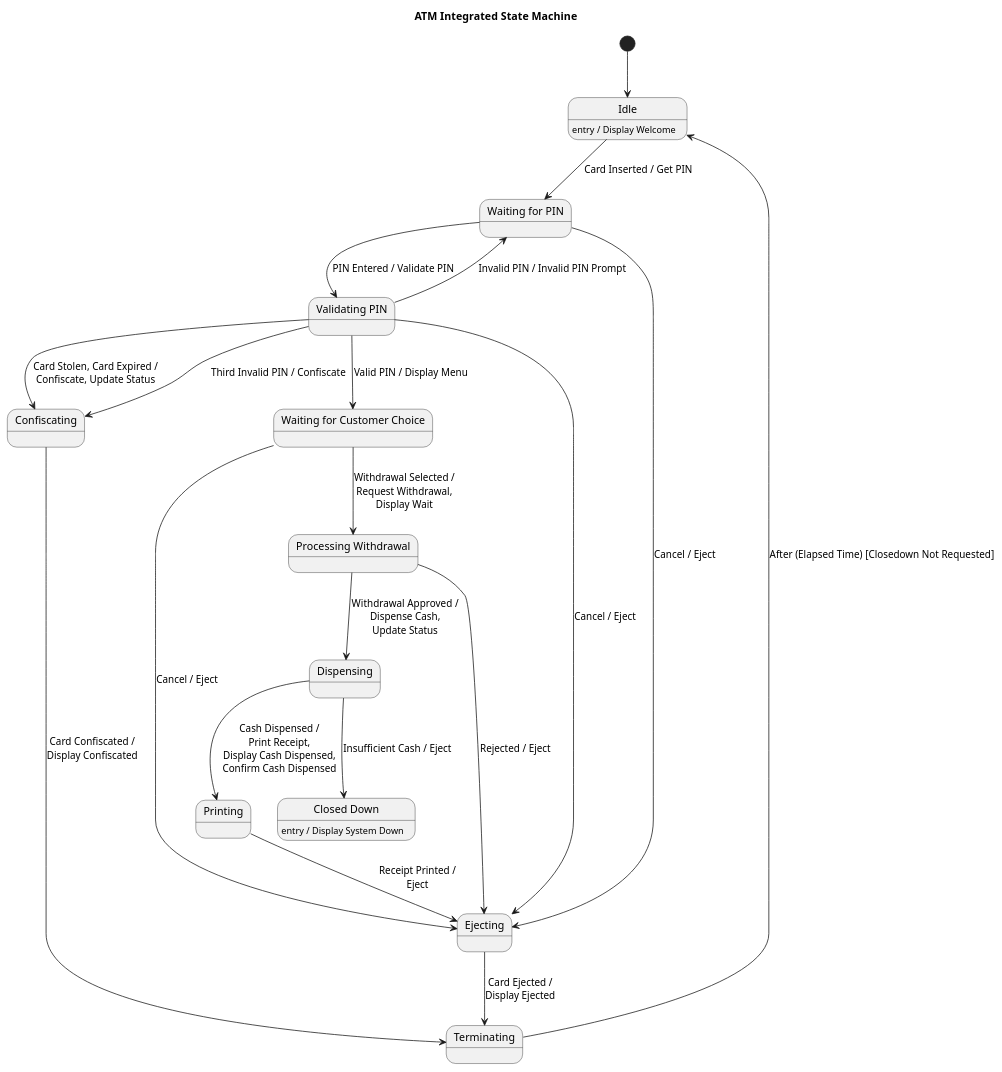
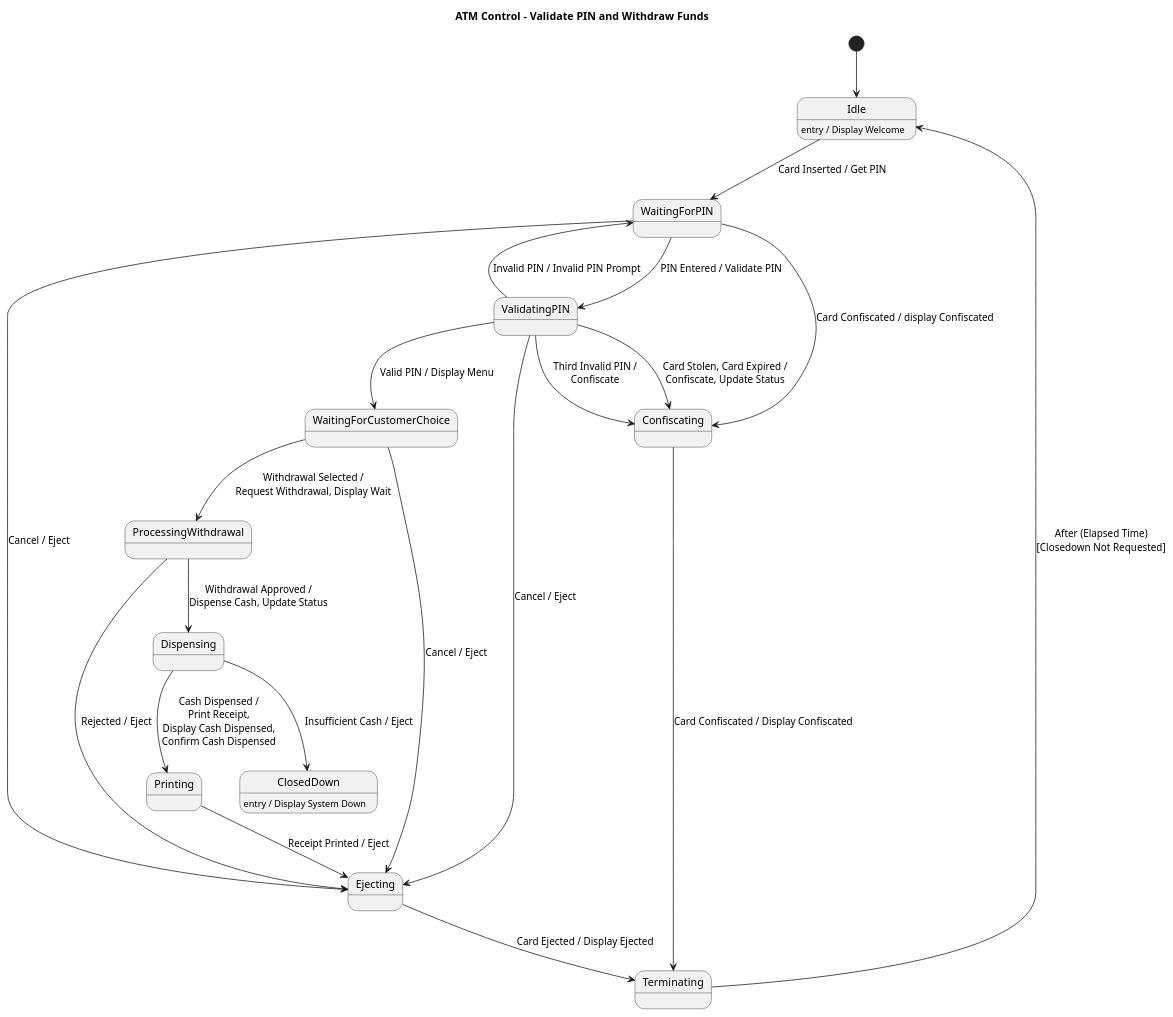
Before and after one commit to maimunafaria/State_transition_Diagram_generated_by_LLM: the diagram in dataset/case_63_atm_many_scenarios/diagram6.puml, drawn with PlantUML. The commit also changed 28 other files, not shown here.

```diff
--- a/dataset/case_63_atm_many_scenarios/diagram6.puml
+++ b/dataset/case_63_atm_many_scenarios/diagram6.puml
@@ -1,53 +1,53 @@
 @startuml
-title ATM Integrated State Machine
+title ATM Control - Validate PIN and Withdraw Funds
 
 [*] --> Idle
 
-' ===== STATES =====
 state Idle
-Idle : entry / Display Welcome
-
-state "Waiting for PIN" as WaitingForPIN
-state "Validating PIN" as ValidatingPIN
-state "Waiting for Customer Choice" as WaitingForChoice
-state "Processing Withdrawal" as ProcessingWithdrawal
+state WaitingForPIN
+state ValidatingPIN
+state WaitingForCustomerChoice
+state ProcessingWithdrawal
 state Dispensing
 state Printing
 state Ejecting
+state Confiscating
 state Terminating
-state Confiscating
-state "Closed Down" as ClosedDown
+state ClosedDown
 
+Idle : entry / Display Welcome
 ClosedDown : entry / Display System Down
 
-' ===== MAIN FLOW =====
 Idle --> WaitingForPIN : Card Inserted / Get PIN
 
+
 WaitingForPIN --> ValidatingPIN : PIN Entered / Validate PIN
+WaitingForPIN --> Confiscating : Card Confiscated / display Confiscated
 ValidatingPIN --> WaitingForPIN : Invalid PIN / Invalid PIN Prompt
 
-ValidatingPIN --> WaitingForChoice : Valid PIN / Display Menu
-WaitingForChoice --> ProcessingWithdrawal : Withdrawal Selected /\nRequest Withdrawal,\nDisplay Wait
+ValidatingPIN --> Confiscating : Card Stolen, Card Expired /\nConfiscate, Update Status
+ValidatingPIN --> Confiscating : Third Invalid PIN /\nConfiscate
 
-ProcessingWithdrawal --> Dispensing : Withdrawal Approved /\nDispense Cash,\nUpdate Status
-Dispensing --> Printing : Cash Dispensed /\nPrint Receipt,\nDisplay Cash Dispensed,\nConfirm Cash Dispensed
-Printing --> Ejecting : Receipt Printed /\nEject
-Ejecting --> Terminating : Card Ejected /\nDisplay Ejected
-Terminating --> Idle : After (Elapsed Time) [Closedown Not Requested]
+ValidatingPIN --> WaitingForCustomerChoice : Valid PIN / Display Menu
 
-' ===== CANCEL / EJECT FROM MULTIPLE STATES =====
 WaitingForPIN --> Ejecting : Cancel / Eject
+WaitingForCustomerChoice --> Ejecting : Cancel / Eject
 ValidatingPIN --> Ejecting : Cancel / Eject
-WaitingForChoice --> Ejecting : Cancel / Eject
+
+WaitingForCustomerChoice --> ProcessingWithdrawal : Withdrawal Selected /\nRequest Withdrawal, Display Wait
+
+ProcessingWithdrawal --> Dispensing : Withdrawal Approved /\nDispense Cash, Update Status
 ProcessingWithdrawal --> Ejecting : Rejected / Eject
 
-' ===== CONFISCATION LOGIC =====
-ValidatingPIN --> Confiscating : Third Invalid PIN / Confiscate
-ValidatingPIN --> Confiscating : Card Stolen, Card Expired /\nConfiscate, Update Status
-
-Confiscating --> Terminating : Card Confiscated /\nDisplay Confiscated
-
-' ===== FAILURE CASE =====
+Dispensing --> Printing : Cash Dispensed /\nPrint Receipt,\nDisplay Cash Dispensed,\nConfirm Cash Dispensed
 Dispensing --> ClosedDown : Insufficient Cash / Eject
 
+Printing --> Ejecting : Receipt Printed / Eject
+
+Ejecting --> Terminating : Card Ejected / Display Ejected
+Confiscating --> Terminating : Card Confiscated / Display Confiscated
+
+Terminating --> Idle : After (Elapsed Time)\n[Closedown Not Requested]
+
+
 @enduml
```
